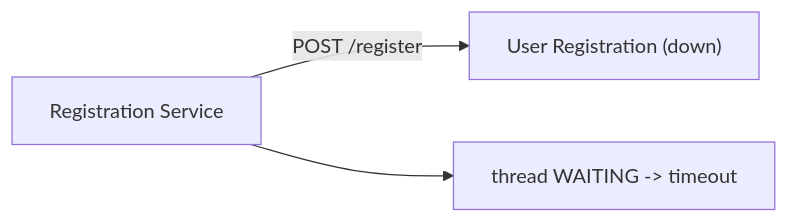
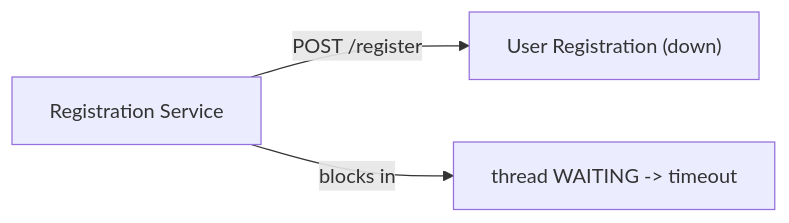
Diagram 11 of 13 in docs/ch06-remote-procedure-invocation.md (vinayakuber/microservices-io-study-guide), drawn with Mermaid before and after one commit. The commit also changed other lines of this file and 71 other files, not shown here.

First line of the commit message:
R18: label every diagram arrow with its meaning

````diff
--- a/docs/ch06-remote-procedure-invocation.md
+++ b/docs/ch06-remote-procedure-invocation.md
@@ -393,5 +393,5 @@
 ```mermaid
 flowchart LR
   C["Registration Service"] -->|"POST /register"| SVC["User Registration (down)"]
-  C --> T["thread WAITING -> timeout"]
+  C -->|"blocks in"| T["thread WAITING -> timeout"]
 ```
````
